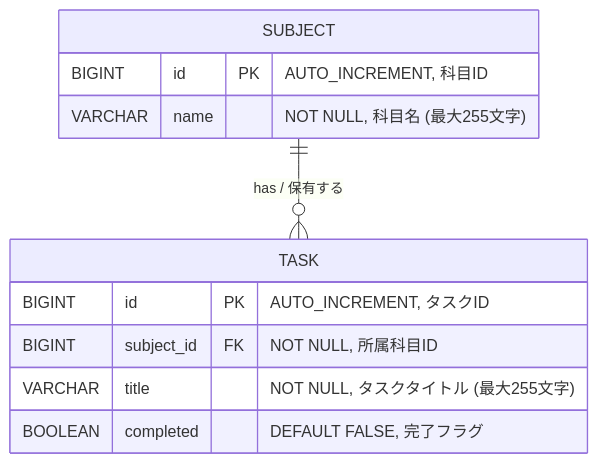
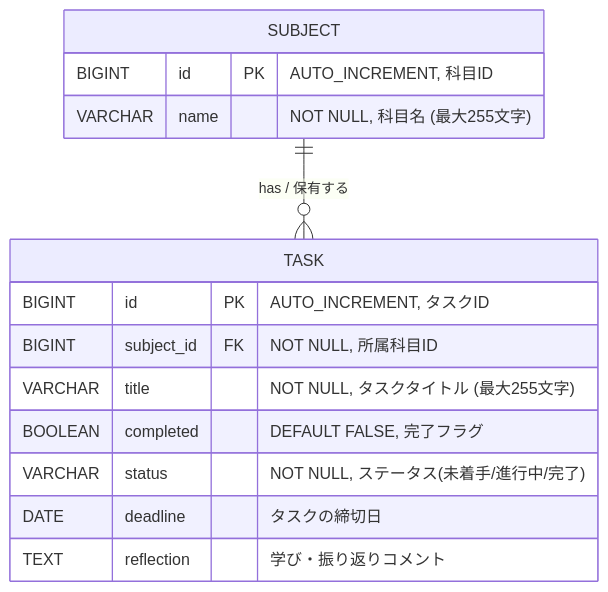
The diagram in docs/er-diagram.md (taidonn1216/java-study-tracker), drawn with Mermaid before and after one commit. The commit also changed other lines of this file and 3 other files, not shown here.

Commit message:
Goal1完了：タスク機能の実装、ER図の追加、Javadocの追加

````diff
--- a/docs/er-diagram.md
+++ b/docs/er-diagram.md
@@ -17,16 +17,19 @@
 ```mermaid
 erDiagram
     SUBJECT {
         BIGINT id PK "AUTO_INCREMENT, 科目ID"
         VARCHAR name "NOT NULL, 科目名 (最大255文字)"
     }
 
     TASK {
         BIGINT id PK "AUTO_INCREMENT, タスクID"
         BIGINT subject_id FK "NOT NULL, 所属科目ID"
         VARCHAR title "NOT NULL, タスクタイトル (最大255文字)"
         BOOLEAN completed "DEFAULT FALSE, 完了フラグ"
+        VARCHAR status "NOT NULL, ステータス(未着手/進行中/完了)"
+        DATE deadline "タスクの締切日"
+        TEXT reflection "学び・振り返りコメント"
     }
 
     SUBJECT ||--o{ TASK : "has / 保有する"
 ```
````
